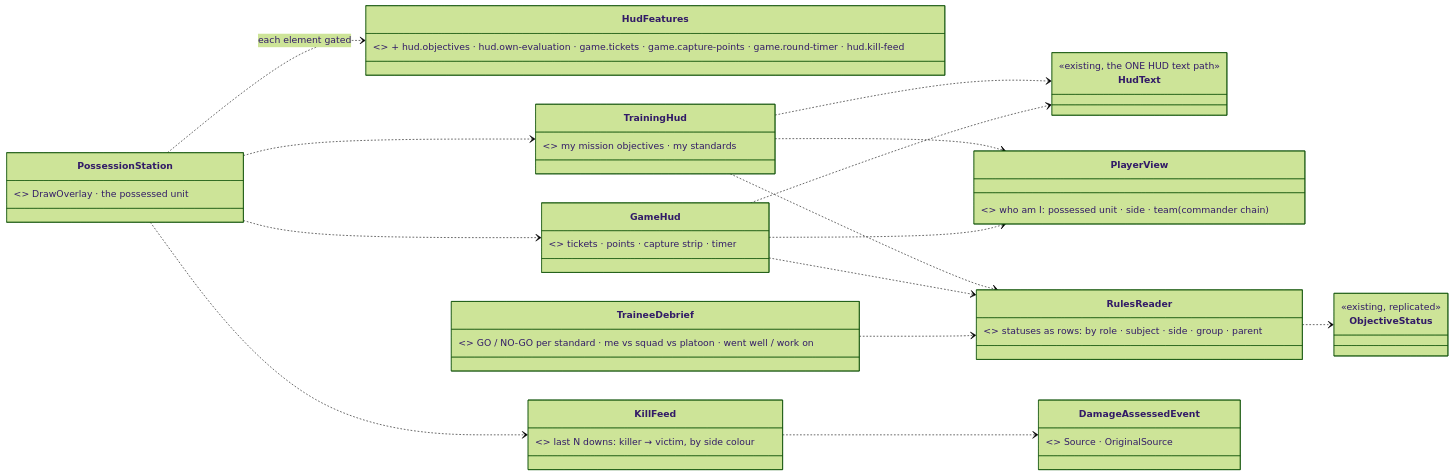
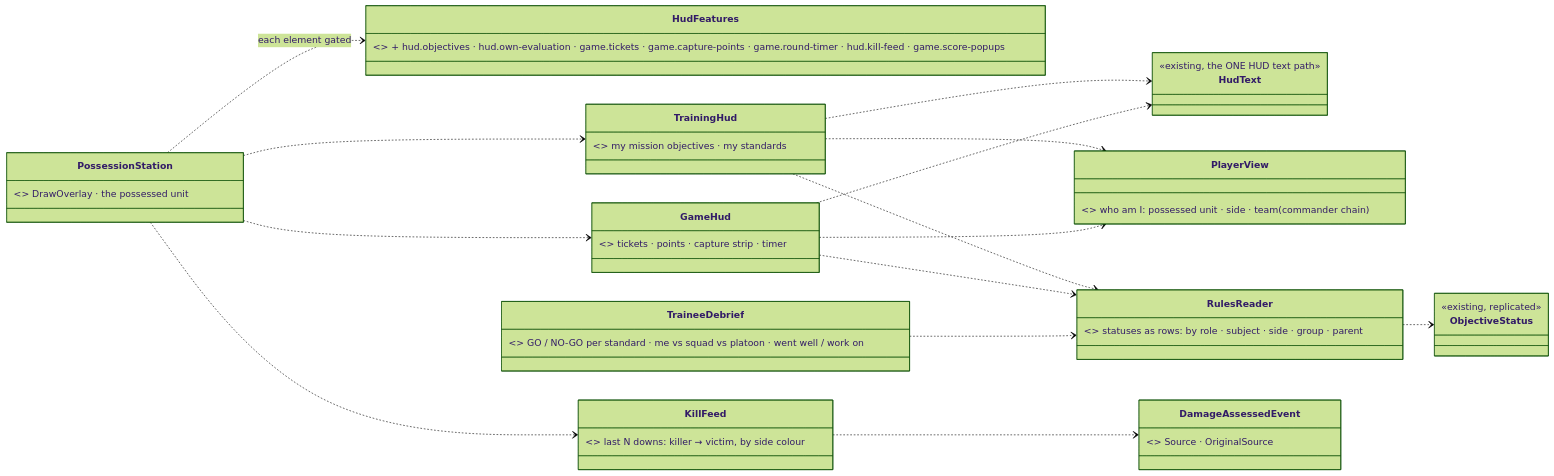
Before and after one commit to pjanec/HROT: the first of 2 diagrams in docs/DESIGN_Player_HUD_And_Debrief.md, drawn with Mermaid (forest theme). The commit also changed other lines of this file and 1 other file, not shown here.

First line of the commit message:
Design: the mission summary (RV-8) as the mockup on behaviors' S4 scores and backend's S7 game score; RV-6 Waits on / Starts; RV-4 hosts the score lane; HUD PH-6 / PH-7 read the same tree

````diff
--- a/docs/DESIGN_Player_HUD_And_Debrief.md
+++ b/docs/DESIGN_Player_HUD_And_Debrief.md
@@ -36,28 +38,28 @@
 ```mermaid
 classDiagram
     direction LR
     class PossessionStation { <<existing>> DrawOverlay · the possessed unit }
     class HudText { <<existing, the ONE HUD text path>> }
-    class HudFeatures { <<existing, grows>> + hud.objectives · hud.own-evaluation · game.tickets · game.capture-points · game.round-timer · hud.kill-feed }
+    class HudFeatures { <<existing, grows>> + hud.objectives · hud.own-evaluation · game.tickets · game.capture-points · game.round-timer · hud.kill-feed · game.score-popups }
     class PlayerView { <<NEW, pure>> who am I: possessed unit · side · team (commander chain) }
     class RulesReader { <<NEW, pure, shared>> statuses as rows: by role · subject · side · group · parent }
     class TrainingHud { <<NEW, pure model + draw>> my mission objectives · my standards }
     class GameHud { <<NEW, pure model + draw>> tickets · points · capture strip · timer }
     class KillFeed { <<NEW, pure model>> last N downs: killer → victim, by side colour }
     class TraineeDebrief { <<NEW window>> GO / NO-GO per standard · me vs squad vs platoon · went well / work on }
     class ObjectiveStatus { <<existing, replicated>> }
     class DamageAssessedEvent { <<existing>> Source · OriginalSource }
     PossessionStation ..> TrainingHud
     PossessionStation ..> GameHud
     PossessionStation ..> KillFeed
     TrainingHud ..> RulesReader
     GameHud ..> RulesReader
     TraineeDebrief ..> RulesReader
     RulesReader ..> ObjectiveStatus
     KillFeed ..> DamageAssessedEvent
     TrainingHud ..> PlayerView
     GameHud ..> PlayerView
     TrainingHud ..> HudText
     GameHud ..> HudText
     PossessionStation ..> HudFeatures : each element gated
 ```
````
